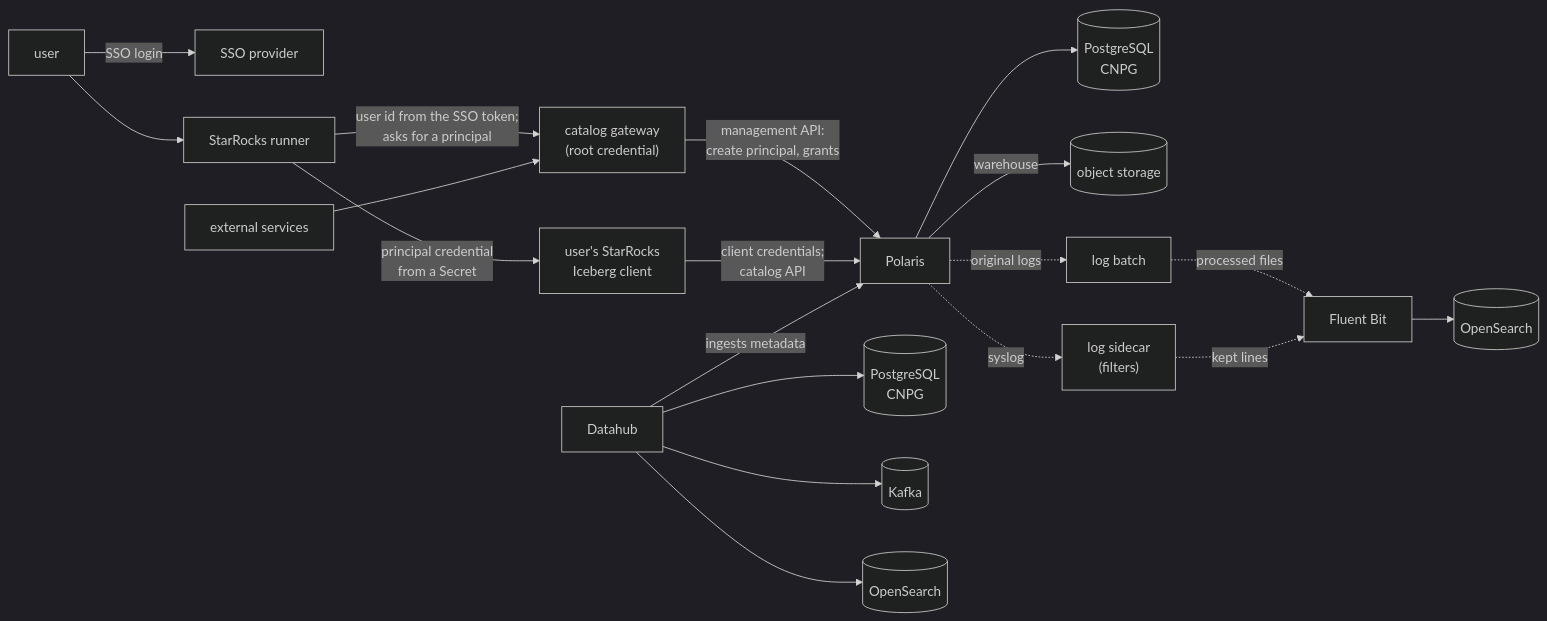
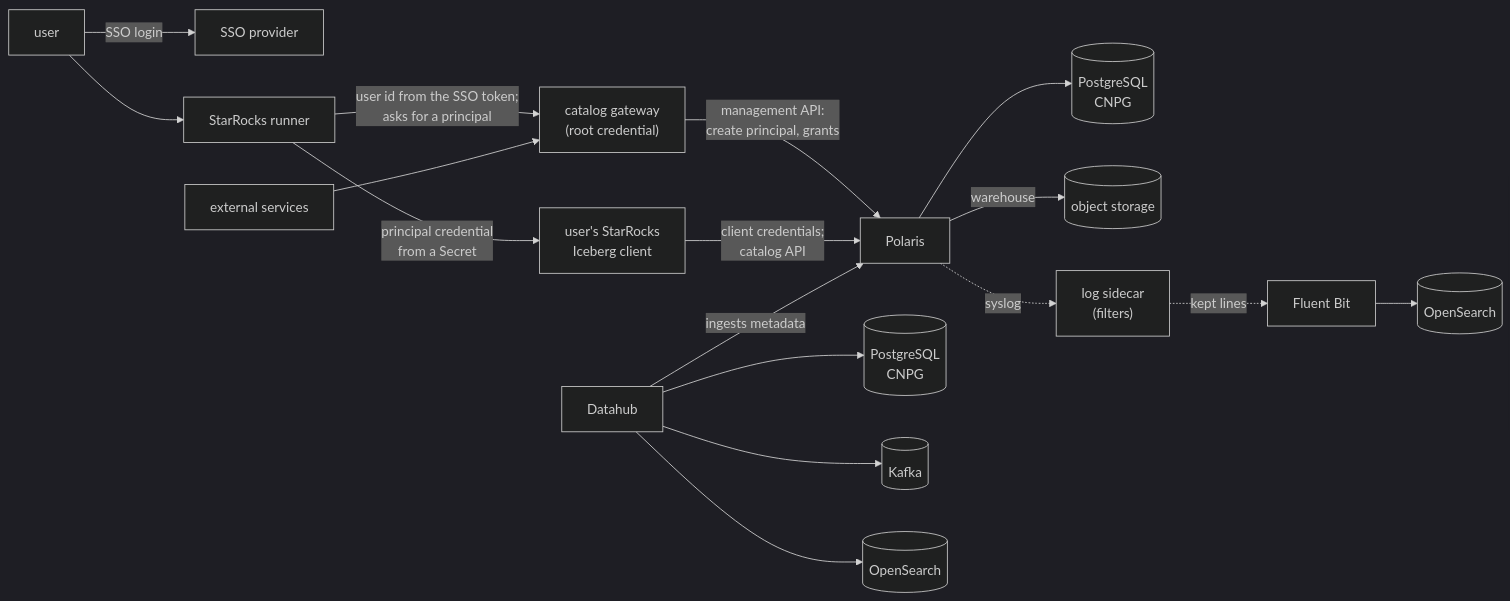
One commit to kade-k8s-platform/lakehouse changed the diagram in docs/plans/roadmap.md. Above: the diagram before and after it, drawn with Mermaid (dark theme). The commit also changed other lines of this file, not shown here.

First line of the commit message:
Roadmap: the scope, the diagram and the P0 notes name the sidecar only

````diff
--- a/docs/plans/roadmap.md
+++ b/docs/plans/roadmap.md
@@ -26,20 +26,18 @@
 ```mermaid
 flowchart LR
     U["user"] -->|"SSO login"| KC["SSO provider"]
     U --> RB["StarRocks runner"]
     RB -->|"user id from the SSO token;<br/>asks for a principal"| GW["catalog gateway<br/>(root credential)"]
     GW -->|"management API:<br/>create principal, grants"| POL["Polaris"]
     RB -->|"principal credential<br/>from a Secret"| SR["user's StarRocks<br/>Iceberg client"]
     SR -->|"client credentials;<br/>catalog API"| POL
     EXT["external services"] --> GW
     POL --> PG[("PostgreSQL<br/>CNPG")]
     POL -->|"warehouse"| S3[("object storage")]
-    POL -.->|"original logs"| LB["log batch"]
-    LB -.->|"processed files"| FB["Fluent Bit"] --> OS[("OpenSearch")]
     POL -.->|"syslog"| SC["log sidecar<br/>(filters)"]
-    SC -.->|"kept lines"| FB
+    SC -.->|"kept lines"| FB["Fluent Bit"] --> OS[("OpenSearch")]
     DH["Datahub"] -->|"ingests metadata"| POL
     DH --> DPG[("PostgreSQL<br/>CNPG")]
     DH --> DK[("Kafka")]
     DH --> DOS[("OpenSearch")]
 ```
````
